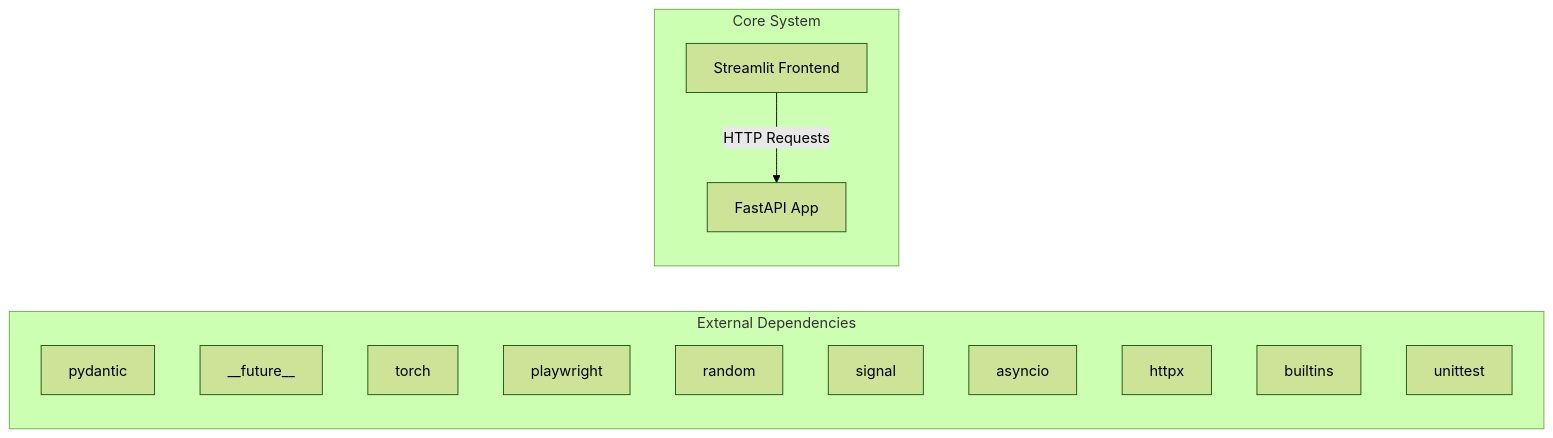
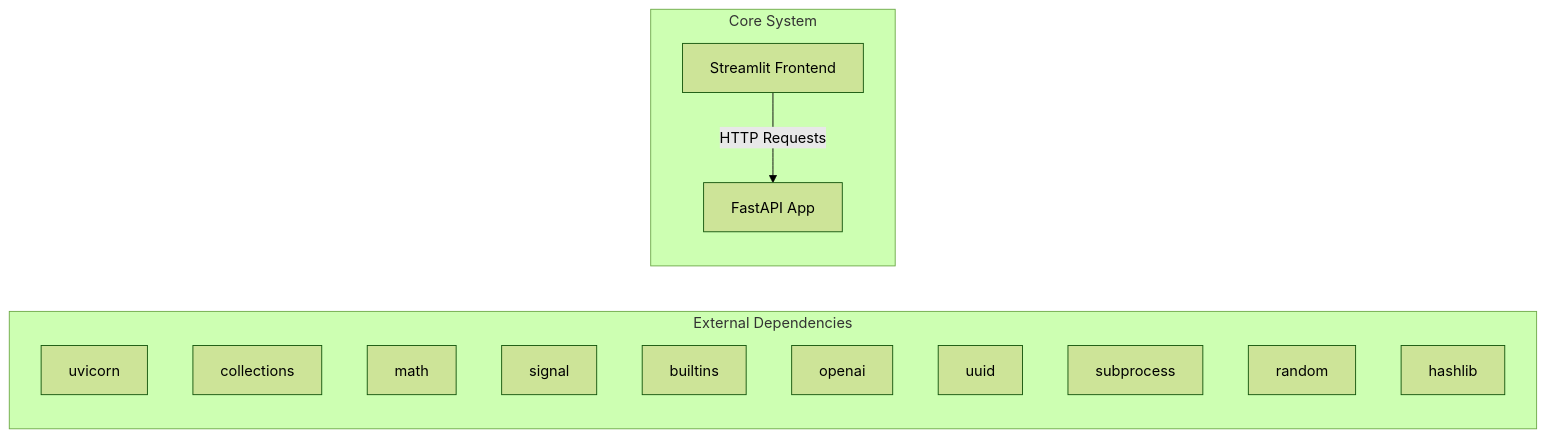
One commit to NITISH-R-G/rag-context-optimizer changed the first of 2 diagrams in docs/architecture.md. Above: the diagram before and after it, drawn with Mermaid (forest theme). The commit also changed 1 other file, not shown here.

Commit message:
docs: auto-update repository knowledge, architecture diagrams, and documentation

````diff
--- a/docs/architecture.md
+++ b/docs/architecture.md
@@ -7,20 +7,20 @@
 ```mermaid
 graph LR
     subgraph External Dependencies
-        E0["pydantic"]
-        E1["__future__"]
-        E2["torch"]
-        E3["playwright"]
-        E4["random"]
-        E5["signal"]
-        E6["asyncio"]
-        E7["httpx"]
-        E8["builtins"]
-        E9["unittest"]
+        E0["uvicorn"]
+        E1["collections"]
+        E2["math"]
+        E3["signal"]
+        E4["builtins"]
+        E5["openai"]
+        E6["uuid"]
+        E7["subprocess"]
+        E8["random"]
+        E9["hashlib"]
     end
     subgraph Core System
         API["FastAPI App"]
         UI["Streamlit Frontend"]
     end
     UI -->|HTTP Requests| API
 ```
````
